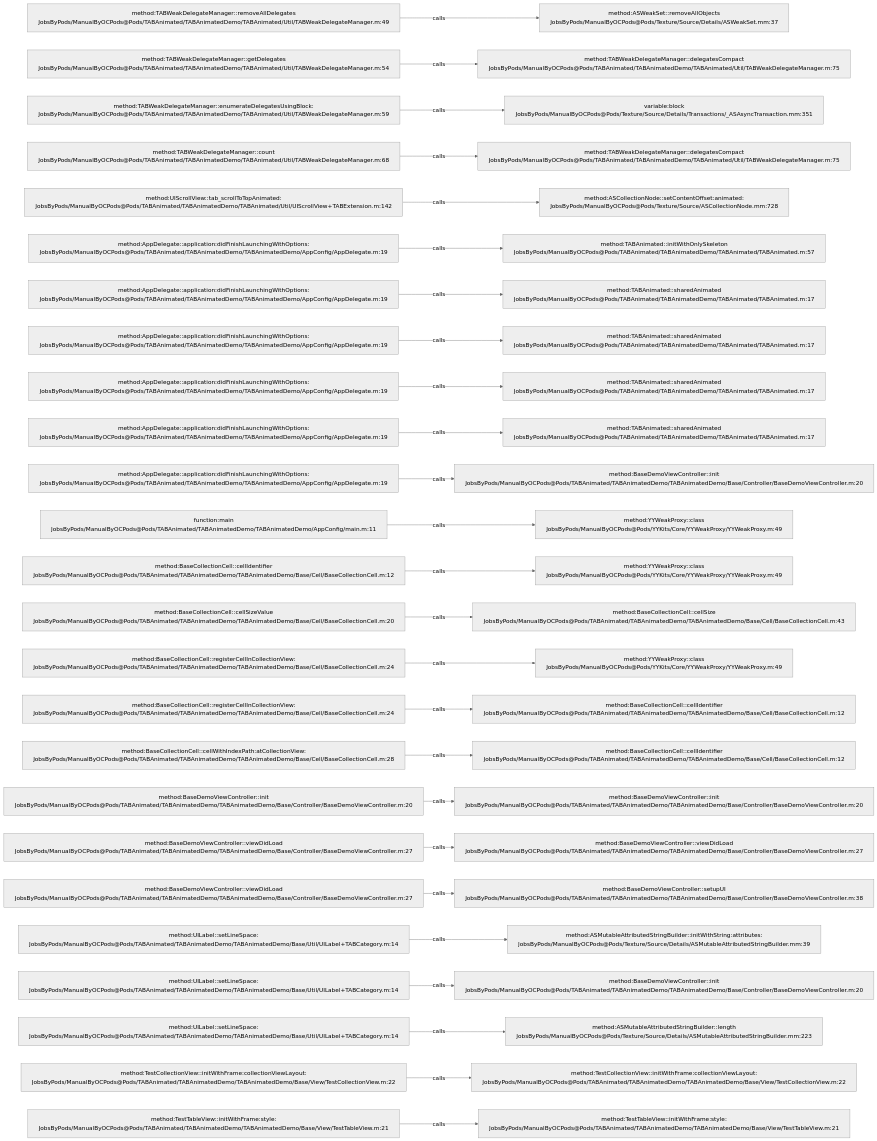
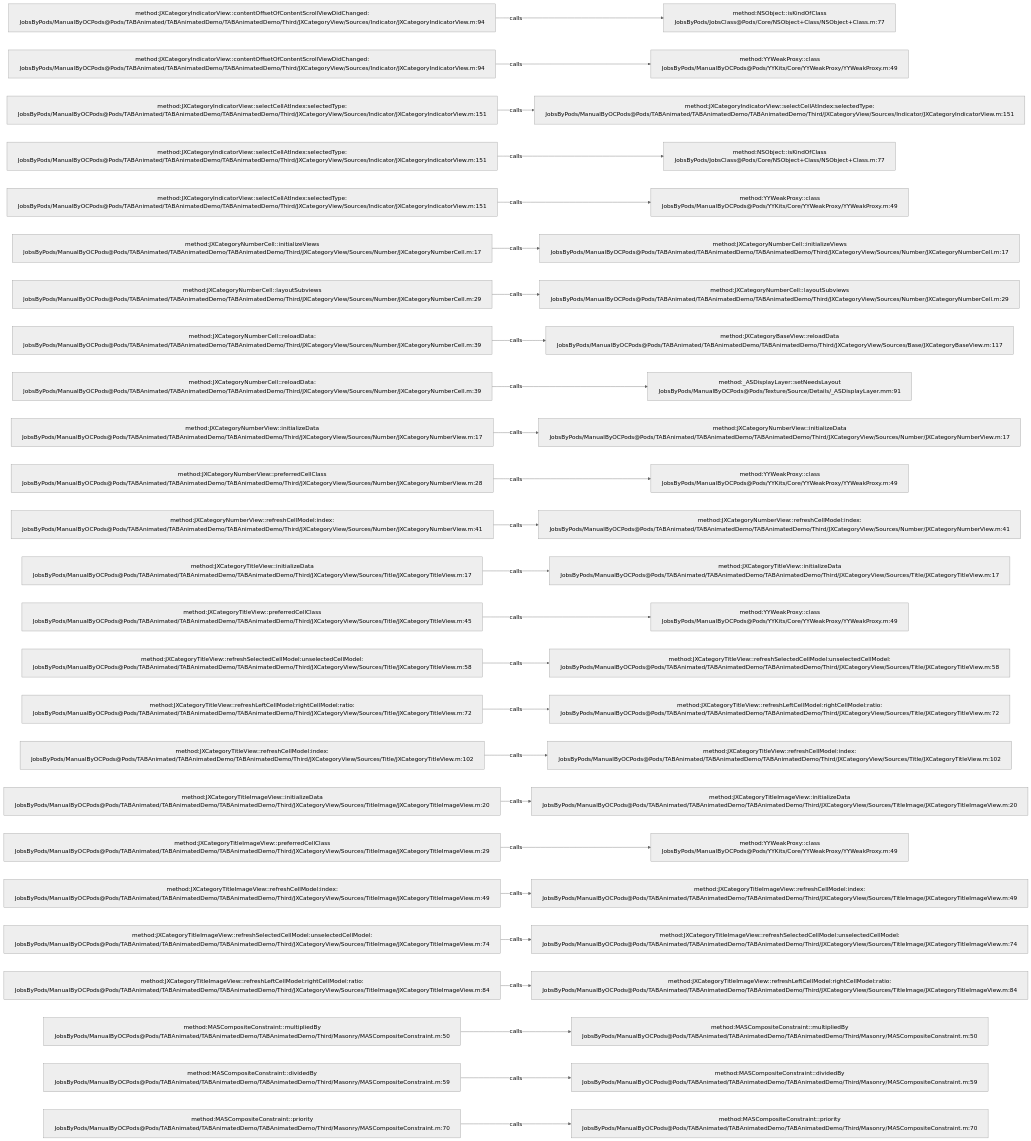
One commit to JobsKits/JobsOCBaseConfigDemo changed the diagram in .codegraph/codegraph.md/graphs/calls-041.md. Above: the diagram before and after it, drawn with Mermaid (neutral theme). The commit also changed 1353 other files, not shown here.

````diff
--- a/.codegraph/codegraph.md/graphs/calls-041.md
+++ b/.codegraph/codegraph.md/graphs/calls-041.md
@@ -13,78 +13,78 @@
 ```mermaid
 flowchart LR
-  S1["method:TABWeakDelegateManager::removeAllDelegates<br/>JobsByPods/ManualByOCPods@Pods/TABAnimated/TABAnimatedDemo/TABAnimated/Util/TABWeakDelegateManager.m:49"]
-  T1["method:ASWeakSet::removeAllObjects<br/>JobsByPods/ManualByOCPods@Pods/Texture/Source/Details/ASWeakSet.mm:37"]
+  S1["method:JXCategoryIndicatorView::contentOffsetOfContentScrollViewDidChanged:<br/>JobsByPods/ManualByOCPods@Pods/TABAnimated/TABAnimatedDemo/TABAnimatedDemo/Third/JXCategoryView/Sources/Indicator/JXCategoryIndicatorView.m:94"]
+  T1["method:NSObject::isKindOfClass<br/>JobsByPods/JobsClass@Pods/Core/NSObject+Class/NSObject+Class.m:77"]
   S1 -->|calls| T1
-  S2["method:TABWeakDelegateManager::getDelegates<br/>JobsByPods/ManualByOCPods@Pods/TABAnimated/TABAnimatedDemo/TABAnimated/Util/TABWeakDelegateManager.m:54"]
-  T2["method:TABWeakDelegateManager::delegatesCompact<br/>JobsByPods/ManualByOCPods@Pods/TABAnimated/TABAnimatedDemo/TABAnimated/Util/TABWeakDelegateManager.m:75"]
+  S2["method:JXCategoryIndicatorView::contentOffsetOfContentScrollViewDidChanged:<br/>JobsByPods/ManualByOCPods@Pods/TABAnimated/TABAnimatedDemo/TABAnimatedDemo/Third/JXCategoryView/Sources/Indicator/JXCategoryIndicatorView.m:94"]
+  T2["method:YYWeakProxy::class<br/>JobsByPods/ManualByOCPods@Pods/YYKits/Core/YYWeakProxy/YYWeakProxy.m:49"]
   S2 -->|calls| T2
-  S3["method:TABWeakDelegateManager::enumerateDelegatesUsingBlock:<br/>JobsByPods/ManualByOCPods@Pods/TABAnimated/TABAnimatedDemo/TABAnimated/Util/TABWeakDelegateManager.m:59"]
-  T3["variable:block<br/>JobsByPods/ManualByOCPods@Pods/Texture/Source/Details/Transactions/_ASAsyncTransaction.mm:351"]
+  S3["method:JXCategoryIndicatorView::selectCellAtIndex:selectedType:<br/>JobsByPods/ManualByOCPods@Pods/TABAnimated/TABAnimatedDemo/TABAnimatedDemo/Third/JXCategoryView/Sources/Indicator/JXCategoryIndicatorView.m:151"]
+  T3["method:JXCategoryIndicatorView::selectCellAtIndex:selectedType:<br/>JobsByPods/ManualByOCPods@Pods/TABAnimated/TABAnimatedDemo/TABAnimatedDemo/Third/JXCategoryView/Sources/Indicator/JXCategoryIndicatorView.m:151"]
   S3 -->|calls| T3
-  S4["method:TABWeakDelegateManager::count<br/>JobsByPods/ManualByOCPods@Pods/TABAnimated/TABAnimatedDemo/TABAnimated/Util/TABWeakDelegateManager.m:68"]
-  T4["method:TABWeakDelegateManager::delegatesCompact<br/>JobsByPods/ManualByOCPods@Pods/TABAnimated/TABAnimatedDemo/TABAnimated/Util/TABWeakDelegateManager.m:75"]
+  S4["method:JXCategoryIndicatorView::selectCellAtIndex:selectedType:<br/>JobsByPods/ManualByOCPods@Pods/TABAnimated/TABAnimatedDemo/TABAnimatedDemo/Third/JXCategoryView/Sources/Indicator/JXCategoryIndicatorView.m:151"]
+  T4["method:NSObject::isKindOfClass<br/>JobsByPods/JobsClass@Pods/Core/NSObject+Class/NSObject+Class.m:77"]
   S4 -->|calls| T4
-  S5["method:UIScrollView::tab_scrollToTopAnimated:<br/>JobsByPods/ManualByOCPods@Pods/TABAnimated/TABAnimatedDemo/TABAnimated/Util/UIScrollView+TABExtension.m:142"]
-  T5["method:ASCollectionNode::setContentOffset:animated:<br/>JobsByPods/ManualByOCPods@Pods/Texture/Source/ASCollectionNode.mm:728"]
+  S5["method:JXCategoryIndicatorView::selectCellAtIndex:selectedType:<br/>JobsByPods/ManualByOCPods@Pods/TABAnimated/TABAnimatedDemo/TABAnimatedDemo/Third/JXCategoryView/Sources/Indicator/JXCategoryIndicatorView.m:151"]
+  T5["method:YYWeakProxy::class<br/>JobsByPods/ManualByOCPods@Pods/YYKits/Core/YYWeakProxy/YYWeakProxy.m:49"]
   S5 -->|calls| T5
-  S6["method:AppDelegate::application:didFinishLaunchingWithOptions:<br/>JobsByPods/ManualByOCPods@Pods/TABAnimated/TABAnimatedDemo/TABAnimatedDemo/AppConfig/AppDelegate.m:19"]
-  T6["method:TABAnimated::initWithOnlySkeleton<br/>JobsByPods/ManualByOCPods@Pods/TABAnimated/TABAnimatedDemo/TABAnimated/TABAnimated.m:57"]
+  S6["method:JXCategoryNumberCell::initializeViews<br/>JobsByPods/ManualByOCPods@Pods/TABAnimated/TABAnimatedDemo/TABAnimatedDemo/Third/JXCategoryView/Sources/Number/JXCategoryNumberCell.m:17"]
+  T6["method:JXCategoryNumberCell::initializeViews<br/>JobsByPods/ManualByOCPods@Pods/TABAnimated/TABAnimatedDemo/TABAnimatedDemo/Third/JXCategoryView/Sources/Number/JXCategoryNumberCell.m:17"]
   S6 -->|calls| T6
-  S7["method:AppDelegate::application:didFinishLaunchingWithOptions:<br/>JobsByPods/ManualByOCPods@Pods/TABAnimated/TABAnimatedDemo/TABAnimatedDemo/AppConfig/AppDelegate.m:19"]
-  T7["method:TABAnimated::sharedAnimated<br/>JobsByPods/ManualByOCPods@Pods/TABAnimated/TABAnimatedDemo/TABAnimated/TABAnimated.m:17"]
+  S7["method:JXCategoryNumberCell::layoutSubviews<br/>JobsByPods/ManualByOCPods@Pods/TABAnimated/TABAnimatedDemo/TABAnimatedDemo/Third/JXCategoryView/Sources/Number/JXCategoryNumberCell.m:29"]
+  T7["method:JXCategoryNumberCell::layoutSubviews<br/>JobsByPods/ManualByOCPods@Pods/TABAnimated/TABAnimatedDemo/TABAnimatedDemo/Third/JXCategoryView/Sources/Number/JXCategoryNumberCell.m:29"]
   S7 -->|calls| T7
-  S8["method:AppDelegate::application:didFinishLaunchingWithOptions:<br/>JobsByPods/ManualByOCPods@Pods/TABAnimated/TABAnimatedDemo/TABAnimatedDemo/AppConfig/AppDelegate.m:19"]
-  T8["method:TABAnimated::sharedAnimated<br/>JobsByPods/ManualByOCPods@Pods/TABAnimated/TABAnimatedDemo/TABAnimated/TABAnimated.m:17"]
+  S8["method:JXCategoryNumberCell::reloadData:<br/>JobsByPods/ManualByOCPods@Pods/TABAnimated/TABAnimatedDemo/TABAnimatedDemo/Third/JXCategoryView/Sources/Number/JXCategoryNumberCell.m:39"]
+  T8["method:JXCategoryBaseView::reloadData<br/>JobsByPods/ManualByOCPods@Pods/TABAnimated/TABAnimatedDemo/TABAnimatedDemo/Third/JXCategoryView/Sources/Base/JXCategoryBaseView.m:117"]
   S8 -->|calls| T8
-  S9["method:AppDelegate::application:didFinishLaunchingWithOptions:<br/>JobsByPods/ManualByOCPods@Pods/TABAnimated/TABAnimatedDemo/TABAnimatedDemo/AppConfig/AppDelegate.m:19"]
-  T9["method:TABAnimated::sharedAnimated<br/>JobsByPods/ManualByOCPods@Pods/TABAnimated/TABAnimatedDemo/TABAnimated/TABAnimated.m:17"]
+  S9["method:JXCategoryNumberCell::reloadData:<br/>JobsByPods/ManualByOCPods@Pods/TABAnimated/TABAnimatedDemo/TABAnimatedDemo/Third/JXCategoryView/Sources/Number/JXCategoryNumberCell.m:39"]
+  T9["method:_ASDisplayLayer::setNeedsLayout<br/>JobsByPods/ManualByOCPods@Pods/Texture/Source/Details/_ASDisplayLayer.mm:91"]
   S9 -->|calls| T9
-  S10["method:AppDelegate::application:didFinishLaunchingWithOptions:<br/>JobsByPods/ManualByOCPods@Pods/TABAnimated/TABAnimatedDemo/TABAnimatedDemo/AppConfig/AppDelegate.m:19"]
-  T10["method:TABAnimated::sharedAnimated<br/>JobsByPods/ManualByOCPods@Pods/TABAnimated/TABAnimatedDemo/TABAnimated/TABAnimated.m:17"]
+  S10["method:JXCategoryNumberView::initializeData<br/>JobsByPods/ManualByOCPods@Pods/TABAnimated/TABAnimatedDemo/TABAnimatedDemo/Third/JXCategoryView/Sources/Number/JXCategoryNumberView.m:17"]
+  T10["method:JXCategoryNumberView::initializeData<br/>JobsByPods/ManualByOCPods@Pods/TABAnimated/TABAnimatedDemo/TABAnimatedDemo/Third/JXCategoryView/Sources/Number/JXCategoryNumberView.m:17"]
   S10 -->|calls| T10
-  S11["method:AppDelegate::application:didFinishLaunchingWithOptions:<br/>JobsByPods/ManualByOCPods@Pods/TABAnimated/TABAnimatedDemo/TABAnimatedDemo/AppConfig/AppDelegate.m:19"]
-  T11["method:BaseDemoViewController::init<br/>JobsByPods/ManualByOCPods@Pods/TABAnimated/TABAnimatedDemo/TABAnimatedDemo/Base/Controller/BaseDemoViewController.m:20"]
+  S11["method:JXCategoryNumberView::preferredCellClass<br/>JobsByPods/ManualByOCPods@Pods/TABAnimated/TABAnimatedDemo/TABAnimatedDemo/Third/JXCategoryView/Sources/Number/JXCategoryNumberView.m:28"]
+  T11["method:YYWeakProxy::class<br/>JobsByPods/ManualByOCPods@Pods/YYKits/Core/YYWeakProxy/YYWeakProxy.m:49"]
   S11 -->|calls| T11
-  S12["function:main<br/>JobsByPods/ManualByOCPods@Pods/TABAnimated/TABAnimatedDemo/TABAnimatedDemo/AppConfig/main.m:11"]
-  T12["method:YYWeakProxy::class<br/>JobsByPods/ManualByOCPods@Pods/YYKits/Core/YYWeakProxy/YYWeakProxy.m:49"]
+  S12["method:JXCategoryNumberView::refreshCellModel:index:<br/>JobsByPods/ManualByOCPods@Pods/TABAnimated/TABAnimatedDemo/TABAnimatedDemo/Third/JXCategoryView/Sources/Number/JXCategoryNumberView.m:41"]
+  T12["method:JXCategoryNumberView::refreshCellModel:index:<br/>JobsByPods/ManualByOCPods@Pods/TABAnimated/TABAnimatedDemo/TABAnimatedDemo/Third/JXCategoryView/Sources/Number/JXCategoryNumberView.m:41"]
   S12 -->|calls| T12
-  S13["method:BaseCollectionCell::cellIdentifier<br/>JobsByPods/ManualByOCPods@Pods/TABAnimated/TABAnimatedDemo/TABAnimatedDemo/Base/Cell/BaseCollectionCell.m:12"]
-  T13["method:YYWeakProxy::class<br/>JobsByPods/ManualByOCPods@Pods/YYKits/Core/YYWeakProxy/YYWeakProxy.m:49"]
+  S13["method:JXCategoryTitleView::initializeData<br/>JobsByPods/ManualByOCPods@Pods/TABAnimated/TABAnimatedDemo/TABAnimatedDemo/Third/JXCategoryView/Sources/Title/JXCategoryTitleView.m:17"]
+  T13["method:JXCategoryTitleView::initializeData<br/>JobsByPods/ManualByOCPods@Pods/TABAnimated/TABAnimatedDemo/TABAnimatedDemo/Third/JXCategoryView/Sources/Title/JXCategoryTitleView.m:17"]
   S13 -->|calls| T13
-  S14["method:BaseCollectionCell::cellSizeValue<br/>JobsByPods/ManualByOCPods@Pods/TABAnimated/TABAnimatedDemo/TABAnimatedDemo/Base/Cell/BaseCollectionCell.m:20"]
-  T14["method:BaseCollectionCell::cellSize<br/>JobsByPods/ManualByOCPods@Pods/TABAnimated/TABAnimatedDemo/TABAnimatedDemo/Base/Cell/BaseCollectionCell.m:43"]
+  S14["method:JXCategoryTitleView::preferredCellClass<br/>JobsByPods/ManualByOCPods@Pods/TABAnimated/TABAnimatedDemo/TABAnimatedDemo/Third/JXCategoryView/Sources/Title/JXCategoryTitleView.m:45"]
+  T14["method:YYWeakProxy::class<br/>JobsByPods/ManualByOCPods@Pods/YYKits/Core/YYWeakProxy/YYWeakProxy.m:49"]
   S14 -->|calls| T14
-  S15["method:BaseCollectionCell::registerCellInCollectionView:<br/>JobsByPods/ManualByOCPods@Pods/TABAnimated/TABAnimatedDemo/TABAnimatedDemo/Base/Cell/BaseCollectionCell.m:24"]
-  T15["method:YYWeakProxy::class<br/>JobsByPods/ManualByOCPods@Pods/YYKits/Core/YYWeakProxy/YYWeakProxy.m:49"]
+  S15["method:JXCategoryTitleView::refreshSelectedCellModel:unselectedCellModel:<br/>JobsByPods/ManualByOCPods@Pods/TABAnimated/TABAnimatedDemo/TABAnimatedDemo/Third/JXCategoryView/Sources/Title/JXCategoryTitleView.m:58"]
+  T15["method:JXCategoryTitleView::refreshSelectedCellModel:unselectedCellModel:<br/>JobsByPods/ManualByOCPods@Pods/TABAnimated/TABAnimatedDemo/TABAnimatedDemo/Third/JXCategoryView/Sources/Title/JXCategoryTitleView.m:58"]
   S15 -->|calls| T15
-  S16["method:BaseCollectionCell::registerCellInCollectionView:<br/>JobsByPods/ManualByOCPods@Pods/TABAnimated/TABAnimatedDemo/TABAnimatedDemo/Base/Cell/BaseCollectionCell.m:24"]
-  T16["method:BaseCollectionCell::cellIdentifier<br/>JobsByPods/ManualByOCPods@Pods/TABAnimated/TABAnimatedDemo/TABAnimatedDemo/Base/Cell/BaseCollectionCell.m:12"]
+  S16["method:JXCategoryTitleView::refreshLeftCellModel:rightCellModel:ratio:<br/>JobsByPods/ManualByOCPods@Pods/TABAnimated/TABAnimatedDemo/TABAnimatedDemo/Third/JXCategoryView/Sources/Title/JXCategoryTitleView.m:72"]
+  T16["method:JXCategoryTitleView::refreshLeftCellModel:rightCellModel:ratio:<br/>JobsByPods/ManualByOCPods@Pods/TABAnimated/TABAnimatedDemo/TABAnimatedDemo/Third/JXCategoryView/Sources/Title/JXCategoryTitleView.m:72"]
   S16 -->|calls| T16
-  S17["method:BaseCollectionCell::cellWithIndexPath:atCollectionView:<br/>JobsByPods/ManualByOCPods@Pods/TABAnimated/TABAnimatedDemo/TABAnimatedDemo/Base/Cell/BaseCollectionCell.m:28"]
-  T17["method:BaseCollectionCell::cellIdentifier<br/>JobsByPods/ManualByOCPods@Pods/TABAnimated/TABAnimatedDemo/TABAnimatedDemo/Base/Cell/BaseCollectionCell.m:12"]
+  S17["method:JXCategoryTitleView::refreshCellModel:index:<br/>JobsByPods/ManualByOCPods@Pods/TABAnimated/TABAnimatedDemo/TABAnimatedDemo/Third/JXCategoryView/Sources/Title/JXCategoryTitleView.m:102"]
+  T17["method:JXCategoryTitleView::refreshCellModel:index:<br/>JobsByPods/ManualByOCPods@Pods/TABAnimated/TABAnimatedDemo/TABAnimatedDemo/Third/JXCategoryView/Sources/Title/JXCategoryTitleView.m:102"]
   S17 -->|calls| T17
-  S18["method:BaseDemoViewController::init<br/>JobsByPods/ManualByOCPods@Pods/TABAnimated/TABAnimatedDemo/TABAnimatedDemo/Base/Controller/BaseDemoViewController.m:20"]
-  T18["method:BaseDemoViewController::init<br/>JobsByPods/ManualByOCPods@Pods/TABAnimated/TABAnimatedDemo/TABAnimatedDemo/Base/Controller/BaseDemoViewController.m:20"]
+  S18["method:JXCategoryTitleImageView::initializeData<br/>JobsByPods/ManualByOCPods@Pods/TABAnimated/TABAnimatedDemo/TABAnimatedDemo/Third/JXCategoryView/Sources/TitleImage/JXCategoryTitleImageView.m:20"]
+  T18["method:JXCategoryTitleImageView::initializeData<br/>JobsByPods/ManualByOCPods@Pods/TABAnimated/TABAnimatedDemo/TABAnimatedDemo/Third/JXCategoryView/Sources/TitleImage/JXCategoryTitleImageView.m:20"]
   S18 -->|calls| T18
-  S19["method:BaseDemoViewController::viewDidLoad<br/>JobsByPods/ManualByOCPods@Pods/TABAnimated/TABAnimatedDemo/TABAnimatedDemo/Base/Controller/BaseDemoViewController.m:27"]
-  T19["method:BaseDemoViewController::viewDidLoad<br/>JobsByPods/ManualByOCPods@Pods/TABAnimated/TABAnimatedDemo/TABAnimatedDemo/Base/Controller/BaseDemoViewController.m:27"]
+  S19["method:JXCategoryTitleImageView::preferredCellClass<br/>JobsByPods/ManualByOCPods@Pods/TABAnimated/TABAnimatedDemo/TABAnimatedDemo/Third/JXCategoryView/Sources/TitleImage/JXCategoryTitleImageView.m:29"]
+  T19["method:YYWeakProxy::class<br/>JobsByPods/ManualByOCPods@Pods/YYKits/Core/YYWeakProxy/YYWeakProxy.m:49"]
   S19 -->|calls| T19
-  S20["method:BaseDemoViewController::viewDidLoad<br/>JobsByPods/ManualByOCPods@Pods/TABAnimated/TABAnimatedDemo/TABAnimatedDemo/Base/Controller/BaseDemoViewController.m:27"]
-  T20["method:BaseDemoViewController::setupUI<br/>JobsByPods/ManualByOCPods@Pods/TABAnimated/TABAnimatedDemo/TABAnimatedDemo/Base/Controller/BaseDemoViewController.m:38"]
+  S20["method:JXCategoryTitleImageView::refreshCellModel:index:<br/>JobsByPods/ManualByOCPods@Pods/TABAnimated/TABAnimatedDemo/TABAnimatedDemo/Third/JXCategoryView/Sources/TitleImage/JXCategoryTitleImageView.m:49"]
+  T20["method:JXCategoryTitleImageView::refreshCellModel:index:<br/>JobsByPods/ManualByOCPods@Pods/TABAnimated/TABAnimatedDemo/TABAnimatedDemo/Third/JXCategoryView/Sources/TitleImage/JXCategoryTitleImageView.m:49"]
   S20 -->|calls| T20
-  S21["method:UILabel::setLineSpace:<br/>JobsByPods/ManualByOCPods@Pods/TABAnimated/TABAnimatedDemo/TABAnimatedDemo/Base/Util/UILabel+TABCategory.m:14"]
-  T21["method:ASMutableAttributedStringBuilder::initWithString:attributes:<br/>JobsByPods/ManualByOCPods@Pods/Texture/Source/Details/ASMutableAttributedStringBuilder.mm:39"]
+  S21["method:JXCategoryTitleImageView::refreshSelectedCellModel:unselectedCellModel:<br/>JobsByPods/ManualByOCPods@Pods/TABAnimated/TABAnimatedDemo/TABAnimatedDemo/Third/JXCategoryView/Sources/TitleImage/JXCategoryTitleImageView.m:74"]
+  T21["method:JXCategoryTitleImageView::refreshSelectedCellModel:unselectedCellModel:<br/>JobsByPods/ManualByOCPods@Pods/TABAnimated/TABAnimatedDemo/TABAnimatedDemo/Third/JXCategoryView/Sources/TitleImage/JXCategoryTitleImageView.m:74"]
   S21 -->|calls| T21
-  S22["method:UILabel::setLineSpace:<br/>JobsByPods/ManualByOCPods@Pods/TABAnimated/TABAnimatedDemo/TABAnimatedDemo/Base/Util/UILabel+TABCategory.m:14"]
-  T22["method:BaseDemoViewController::init<br/>JobsByPods/ManualByOCPods@Pods/TABAnimated/TABAnimatedDemo/TABAnimatedDemo/Base/Controller/BaseDemoViewController.m:20"]
+  S22["method:JXCategoryTitleImageView::refreshLeftCellModel:rightCellModel:ratio:<br/>JobsByPods/ManualByOCPods@Pods/TABAnimated/TABAnimatedDemo/TABAnimatedDemo/Third/JXCategoryView/Sources/TitleImage/JXCategoryTitleImageView.m:84"]
+  T22["method:JXCategoryTitleImageView::refreshLeftCellModel:rightCellModel:ratio:<br/>JobsByPods/ManualByOCPods@Pods/TABAnimated/TABAnimatedDemo/TABAnimatedDemo/Third/JXCategoryView/Sources/TitleImage/JXCategoryTitleImageView.m:84"]
   S22 -->|calls| T22
-  S23["method:UILabel::setLineSpace:<br/>JobsByPods/ManualByOCPods@Pods/TABAnimated/TABAnimatedDemo/TABAnimatedDemo/Base/Util/UILabel+TABCategory.m:14"]
-  T23["method:ASMutableAttributedStringBuilder::length<br/>JobsByPods/ManualByOCPods@Pods/Texture/Source/Details/ASMutableAttributedStringBuilder.mm:223"]
+  S23["method:MASCompositeConstraint::multipliedBy<br/>JobsByPods/ManualByOCPods@Pods/TABAnimated/TABAnimatedDemo/TABAnimatedDemo/Third/Masonry/MASCompositeConstraint.m:50"]
+  T23["method:MASCompositeConstraint::multipliedBy<br/>JobsByPods/ManualByOCPods@Pods/TABAnimated/TABAnimatedDemo/TABAnimatedDemo/Third/Masonry/MASCompositeConstraint.m:50"]
   S23 -->|calls| T23
-  S24["method:TestCollectionView::initWithFrame:collectionViewLayout:<br/>JobsByPods/ManualByOCPods@Pods/TABAnimated/TABAnimatedDemo/TABAnimatedDemo/Base/View/TestCollectionView.m:22"]
-  T24["method:TestCollectionView::initWithFrame:collectionViewLayout:<br/>JobsByPods/ManualByOCPods@Pods/TABAnimated/TABAnimatedDemo/TABAnimatedDemo/Base/View/TestCollectionView.m:22"]
+  S24["method:MASCompositeConstraint::dividedBy<br/>JobsByPods/ManualByOCPods@Pods/TABAnimated/TABAnimatedDemo/TABAnimatedDemo/Third/Masonry/MASCompositeConstraint.m:59"]
+  T24["method:MASCompositeConstraint::dividedBy<br/>JobsByPods/ManualByOCPods@Pods/TABAnimated/TABAnimatedDemo/TABAnimatedDemo/Third/Masonry/MASCompositeConstraint.m:59"]
   S24 -->|calls| T24
-  S25["method:TestTableView::initWithFrame:style:<br/>JobsByPods/ManualByOCPods@Pods/TABAnimated/TABAnimatedDemo/TABAnimatedDemo/Base/View/TestTableView.m:21"]
-  T25["method:TestTableView::initWithFrame:style:<br/>JobsByPods/ManualByOCPods@Pods/TABAnimated/TABAnimatedDemo/TABAnimatedDemo/Base/View/TestTableView.m:21"]
+  S25["method:MASCompositeConstraint::priority<br/>JobsByPods/ManualByOCPods@Pods/TABAnimated/TABAnimatedDemo/TABAnimatedDemo/Third/Masonry/MASCompositeConstraint.m:70"]
+  T25["method:MASCompositeConstraint::priority<br/>JobsByPods/ManualByOCPods@Pods/TABAnimated/TABAnimatedDemo/TABAnimatedDemo/Third/Masonry/MASCompositeConstraint.m:70"]
   S25 -->|calls| T25
 ```
````
